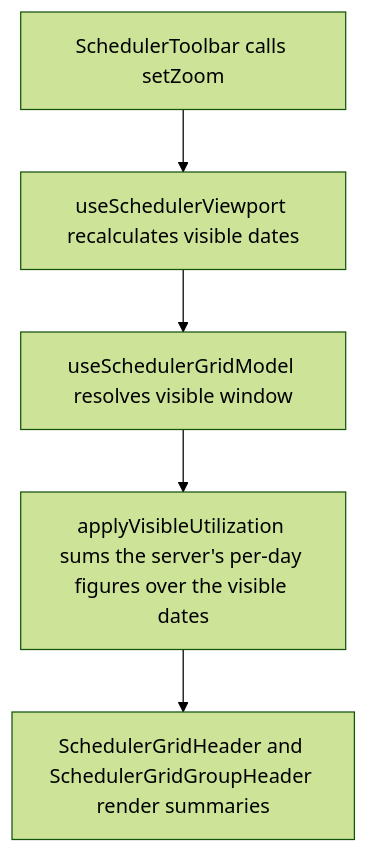
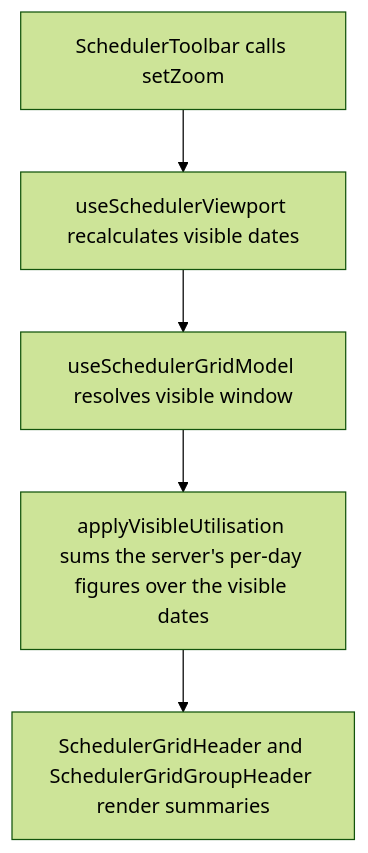
The second of 2 diagrams in user-stories/scheduler/US-SCH-14-utilisation-summary.md (Kevinjohn/capacitylens), drawn with Mermaid (forest theme) before and after one commit. The commit also changed 48 other files, not shown here.

````diff
--- a/user-stories/scheduler/US-SCH-14-utilisation-summary.md
+++ b/user-stories/scheduler/US-SCH-14-utilisation-summary.md
@@ -34,7 +34,7 @@
 ```mermaid
 flowchart TD
   A["SchedulerToolbar calls setZoom"] --> B["useSchedulerViewport recalculates visible dates"]
   B --> C["useSchedulerGridModel resolves visible window"]
-  C --> D["applyVisibleUtilization sums the server's per-day figures over the visible dates"]
+  C --> D["applyVisibleUtilisation sums the server's per-day figures over the visible dates"]
   D --> E["SchedulerGridHeader and SchedulerGridGroupHeader render summaries"]
 ```
````
